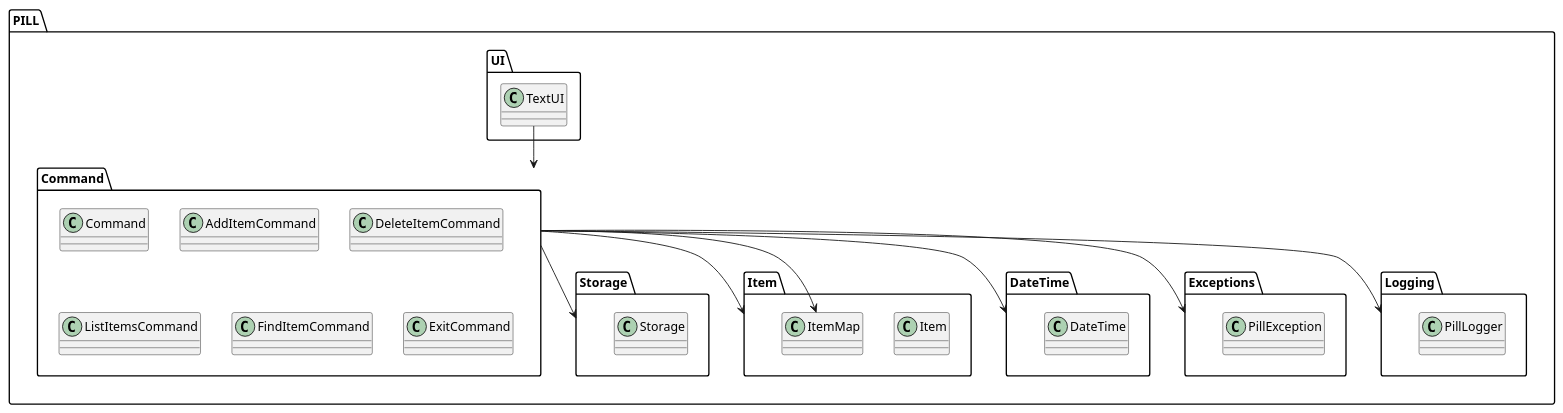
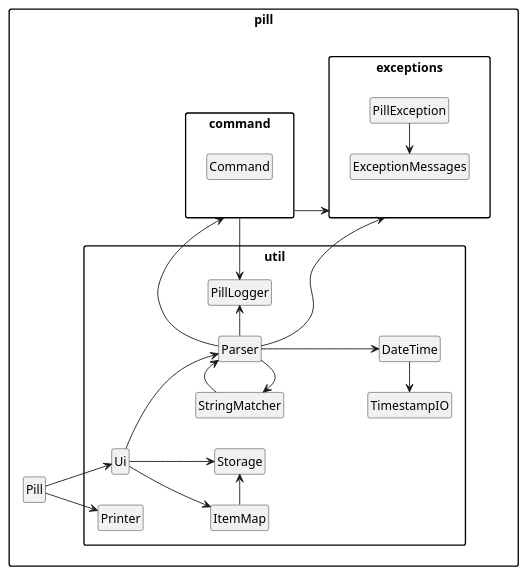
Before and after one commit to yijiano/tp: the diagram in docs/diagrams/High-Level-Overview.puml, drawn with PlantUML. The commit also changed 1 other file, not shown here.

Commit message:
Update High Level Overview Diagram

```diff
--- a/docs/diagrams/High-Level-Overview.puml
+++ b/docs/diagrams/High-Level-Overview.puml
@@ -2,45 +2,60 @@
 @startuml
-package "PILL" {
-    package "UI" {
-        class TextUI
+
+hide circle
+hide empty members
+skinparam packageStyle rectangle
+
+left to right direction
+
+package "pill" {
+    class Pill
+
+    package "util" {
+        class Ui
+        class Parser
+        class StringMatcher
+        class Printer
+        class Storage
+        class ItemMap
+        class DateTime
+        class PillLogger
+        class TimestampIO
     }
 
-    package "Command" {
+    package exceptions {
+        class PillException
+        class ExceptionMessages
+    }
+    package command {
         class Command
-        class AddItemCommand
-        class DeleteItemCommand
-        class ListItemsCommand
-        class FindItemCommand
-        class ExitCommand
     }
 
-    package "Storage" {
-        class Storage
-    }
 
-    package "Item" {
-        class Item
-        class ItemMap
-    }
 
-    package "DateTime" {
-        class DateTime
-    }
+    Pill --> Ui
+    Pill --> Printer
 
-    package "Exceptions" {
-        class PillException
-    }
+    Ui --> Parser
+    Ui --> ItemMap
+    Ui --> Storage
 
-    package "Logging" {
-        class PillLogger
-    }
 
-    TextUI --> Command
-    Command --> Item
-    Command --> Storage
-    Command --> Exceptions
-    Command --> Logging
-    Command --> DateTime
-    Command --> ItemMap
+    Parser --> command
+    Parser -up> StringMatcher
+    Parser --> DateTime
+    DateTime -up> TimestampIO
+    StringMatcher -> Parser
+    Parser -> PillLogger
+    command --> exceptions
+    command -> PillLogger
+    Parser --> exceptions
+
+    ItemMap -> Storage
+
+    PillException -left> ExceptionMessages
+
 }
+
+
+
 @enduml
```
